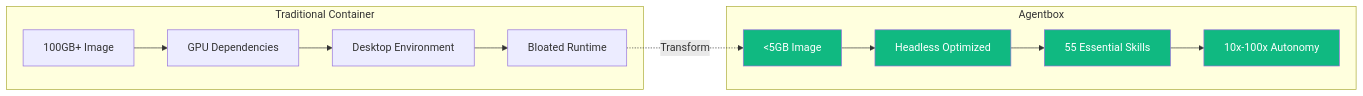
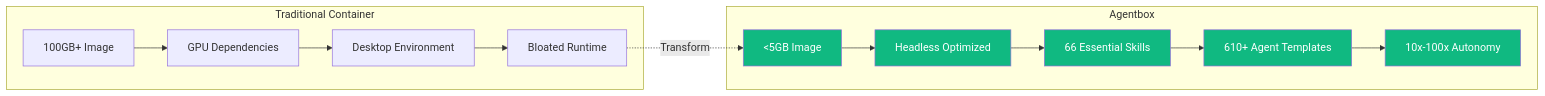
One commit to DreamLab-AI/agentbox changed the first of 9 diagrams in README.md. Above: the diagram before and after it, drawn with Mermaid. The commit also changed other lines of this file and 53 other files, not shown here.

````diff
--- a/README.md
+++ b/README.md
@@ -14,21 +16,23 @@
 ```mermaid
 graph LR
     subgraph "Traditional Container"
         A[100GB+ Image] --> B[GPU Dependencies]
         B --> C[Desktop Environment]
         C --> D[Bloated Runtime]
     end
 
     subgraph "Agentbox"
         E[<5GB Image] --> F[Headless Optimized]
-        F --> G[55 Essential Skills]
-        G --> H[10x-100x Autonomy]
+        F --> G[66 Essential Skills]
+        G --> H[610+ Agent Templates]
+        H --> I[10x-100x Autonomy]
     end
 
     D -.->|"Transform"| E
 
     style E fill:#10b981,color:#fff
     style F fill:#10b981,color:#fff
     style G fill:#10b981,color:#fff
     style H fill:#10b981,color:#fff
+    style I fill:#10b981,color:#fff
 ```
````
